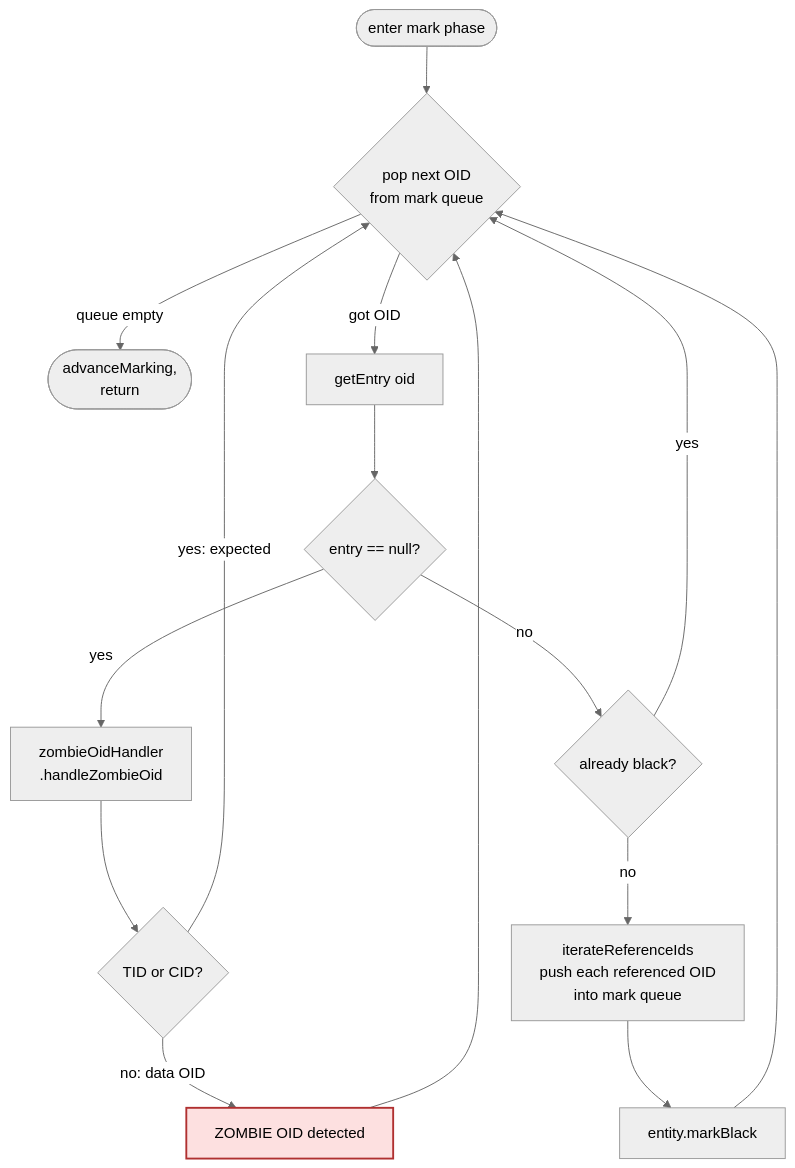
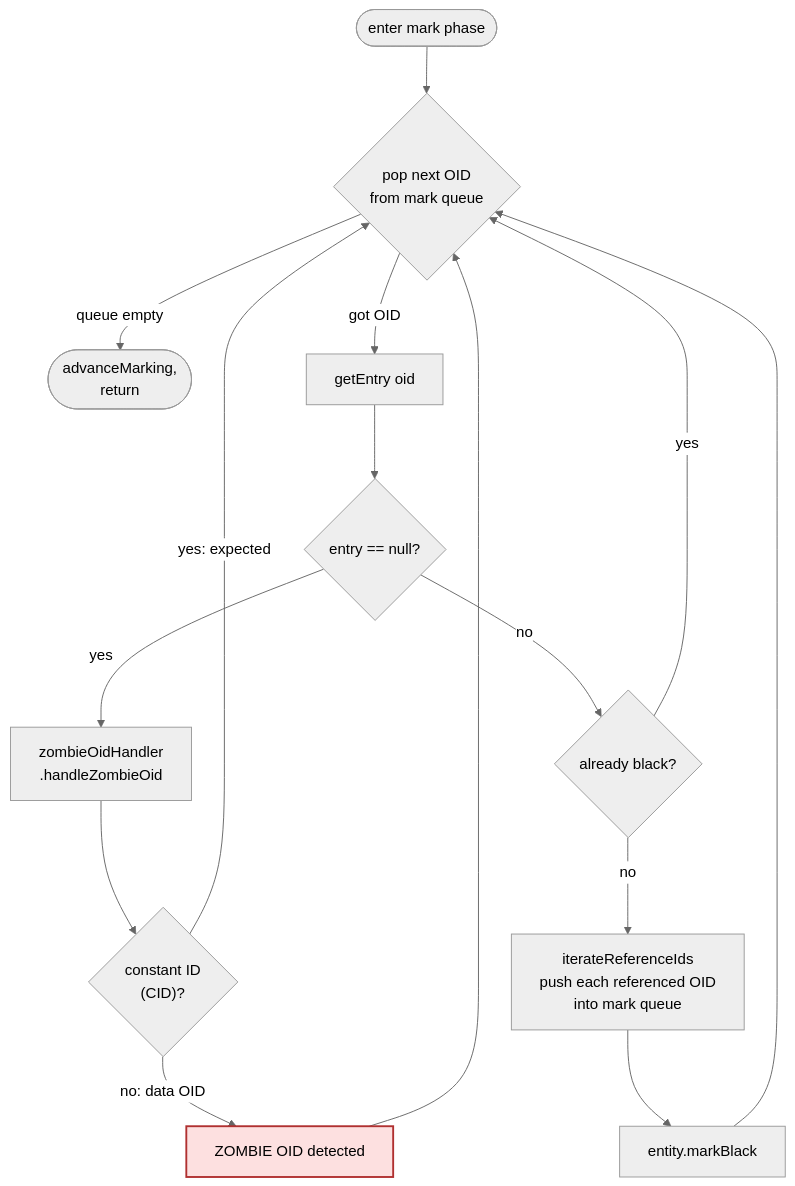
Before and after one commit to eclipse-store/store: the third of 6 diagrams in storage/storage/GC.md, drawn with Mermaid (neutral theme). The commit also changed other lines of this file, not shown here.

Commit message:
Refine GC.md to clarify CID handling in zombie detection during the mark phase

````diff
--- a/storage/storage/GC.md
+++ b/storage/storage/GC.md
@@ -110,20 +110,20 @@
 ```mermaid
 flowchart TD
     Enter(["enter mark phase"]) --> Pop{"pop next OID<br/>from mark queue"}
     Pop -->|queue empty| Done(["advanceMarking,<br/>return"])
     Pop -->|got OID| Get["getEntry oid"]
     Get --> Null{"entry == null?"}
     Null -->|yes| Z["zombieOidHandler<br/>.handleZombieOid"]
-    Z --> T{"TID or CID?"}
+    Z --> T{"constant ID<br/>(CID)?"}
     T -->|yes: expected| Pop
     T -->|no: data OID| ZF["ZOMBIE OID detected"]
     ZF --> Pop
     Null -->|no| Blk{"already black?"}
     Blk -->|yes| Pop
     Blk -->|no| W["iterateReferenceIds<br/>push each referenced OID<br/>into mark queue"]
     W --> MB["entity.markBlack"]
     MB --> Pop
 
     classDef zombie fill:#fde0e0,stroke:#b03030,stroke-width:2px
     class ZF zombie
 ```
````
